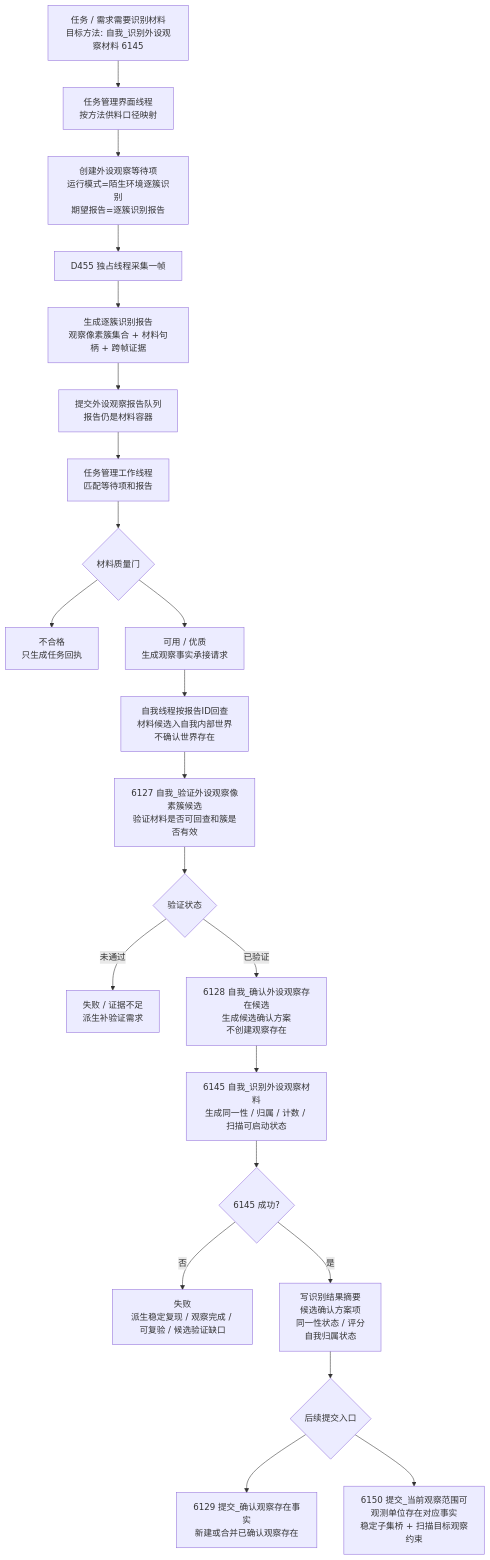
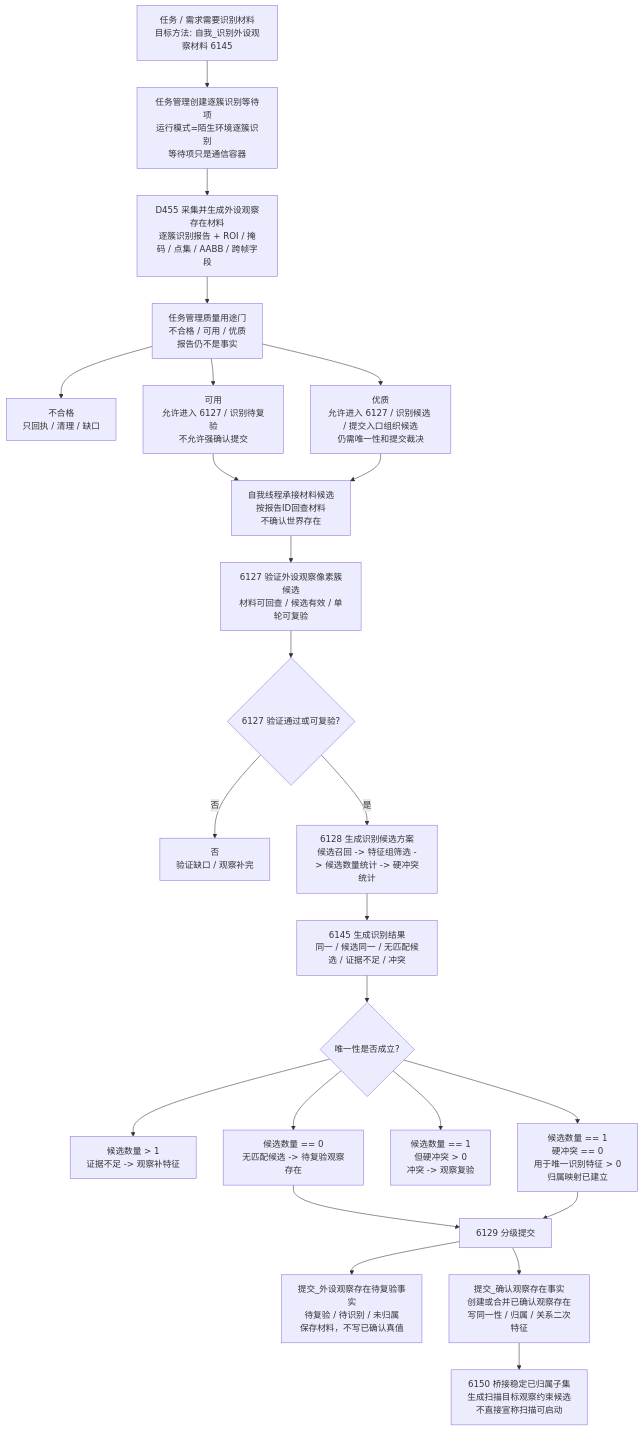
One commit to chunhaizh-cyber/Birthplace-of-digital-civilization changed the first of 7 diagrams in 流程图/当前_本能方法_识别内部实现逻辑流程图.md. Above: the diagram before and after it, drawn with Mermaid. The commit also changed other lines of this file and 67 other files, not shown here.

````diff
--- a/流程图/当前_本能方法_识别内部实现逻辑流程图.md
+++ b/流程图/当前_本能方法_识别内部实现逻辑流程图.md
@@ -83,35 +65,37 @@
 ```mermaid
 flowchart TD
     A["任务 / 需求需要识别材料<br/>目标方法: 自我_识别外设观察材料 6145"]
-    B["任务管理界面线程<br/>按方法供料口径映射"]
-    C["创建外设观察等待项<br/>运行模式=陌生环境逐簇识别<br/>期望报告=逐簇识别报告"]
-    D["D455 独占线程采集一帧"]
-    E["生成逐簇识别报告<br/>观察像素簇集合 + 材料句柄 + 跨帧证据"]
-    F["提交外设观察报告队列<br/>报告仍是材料容器"]
-    G["任务管理工作线程<br/>匹配等待项和报告"]
-    H{"材料质量门"}
-    H0["不合格<br/>只生成任务回执"]
-    H1["可用 / 优质<br/>生成观察事实承接请求"]
-    I["自我线程按报告ID回查<br/>材料候选入自我内部世界<br/>不确认世界存在"]
-    J["6127 自我_验证外设观察像素簇候选<br/>验证材料是否可回查和簇是否有效"]
-    K{"验证状态"}
-    K0["失败 / 证据不足<br/>派生补验证需求"]
-    L["6128 自我_确认外设观察存在候选<br/>生成候选确认方案<br/>不创建观察存在"]
-    M["6145 自我_识别外设观察材料<br/>生成同一性 / 归属 / 计数 / 扫描可启动状态"]
-    N{"6145 成功?"}
-    N0["失败<br/>派生稳定复现 / 观察完成 / 可复验 / 候选验证缺口"]
-    O["写识别结果摘要<br/>候选确认方案项<br/>同一性状态 / 评分<br/>自我归属状态"]
-    P{"后续提交入口"}
-    Q["6129 提交_确认观察存在事实<br/>新建或合并已确认观察存在"]
-    R["6150 提交_当前观察范围可观测单位存在对应事实<br/>稳定子集桥 + 扫描目标观察约束"]
+    B["任务管理创建逐簇识别等待项<br/>运行模式=陌生环境逐簇识别<br/>等待项只是通信容器"]
+    C["D455 采集并生成外设观察存在材料<br/>逐簇识别报告 + ROI / 掩码 / 点集 / AABB / 跨帧字段"]
+    D["任务管理质量用途门<br/>不合格 / 可用 / 优质<br/>报告仍不是事实"]
+    D0["不合格<br/>只回执 / 清理 / 缺口"]
+    D1["可用<br/>允许进入 6127 / 识别待复验<br/>不允许强确认提交"]
+    D2["优质<br/>允许进入 6127 / 识别候选 / 提交入口组织候选<br/>仍需唯一性和提交裁决"]
+    E["自我线程承接材料候选<br/>按报告ID回查材料<br/>不确认世界存在"]
+    F["6127 验证外设观察像素簇候选<br/>材料可回查 / 候选有效 / 单轮可复验"]
+    G{"6127 验证通过或可复验?"}
+    G0["否<br/>验证缺口 / 观察补完"]
+    H["6128 生成识别候选方案<br/>候选召回 -> 特征组筛选 -> 候选数量统计 -> 硬冲突统计"]
+    I["6145 生成识别结果<br/>同一 / 候选同一 / 无匹配候选 / 证据不足 / 冲突"]
+    J{"唯一性是否成立?"}
+    J0["候选数量 > 1<br/>证据不足 -> 观察补特征"]
+    J1["候选数量 == 0<br/>无匹配候选 -> 待复验观察存在"]
+    J2["候选数量 == 1<br/>但硬冲突 > 0<br/>冲突 -> 观察复验"]
+    K["候选数量 == 1<br/>硬冲突 == 0<br/>用于唯一识别特征 > 0<br/>归属映射已建立"]
+    L["6129 分级提交"]
+    L1["提交_外设观察存在待复验事实<br/>待复验 / 待识别 / 未归属<br/>保存材料，不写已确认真值"]
+    L2["提交_确认观察存在事实<br/>创建或合并已确认观察存在<br/>写同一性 / 归属 / 关系二次特征"]
+    M["6150 桥接稳定已归属子集<br/>生成扫描目标观察约束候选<br/>不直接宣称扫描可启动"]
 
-    A --> B --> C --> D --> E --> F --> G --> H
-    H --> H0
-    H --> H1 --> I --> J --> K
-    K -->|"未通过"| K0
-    K -->|"已验证"| L --> M --> N
-    N -->|"否"| N0
-    N -->|"是"| O --> P
-    P --> Q
-    P --> R
+    A --> B --> C --> D
+    D --> D0
+    D --> D1 --> E
+    D --> D2 --> E
+    E --> F --> G
+    G -->|"否"| G0
+    G -->|"是"| H --> I --> J
+    J --> J0
+    J --> J1 --> L --> L1
+    J --> J2
+    J --> K --> L --> L2 --> M
 ```
````
